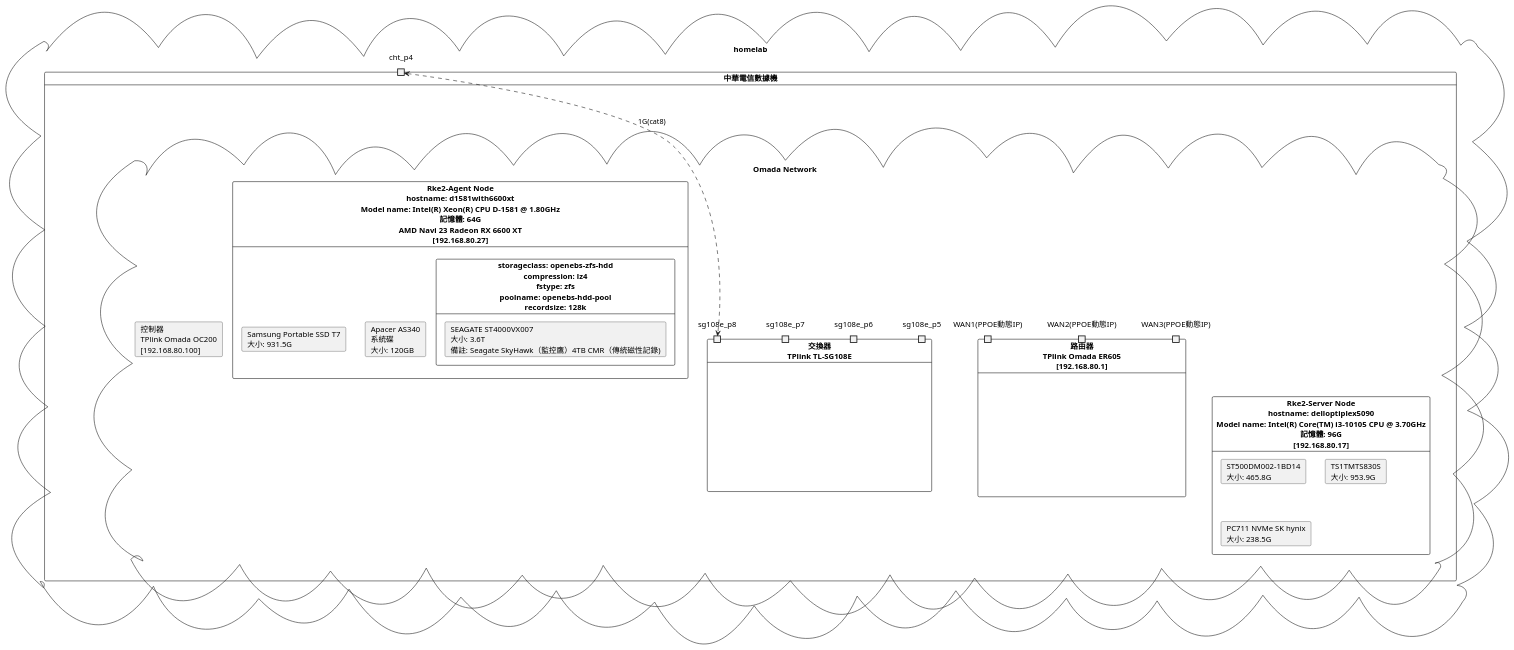
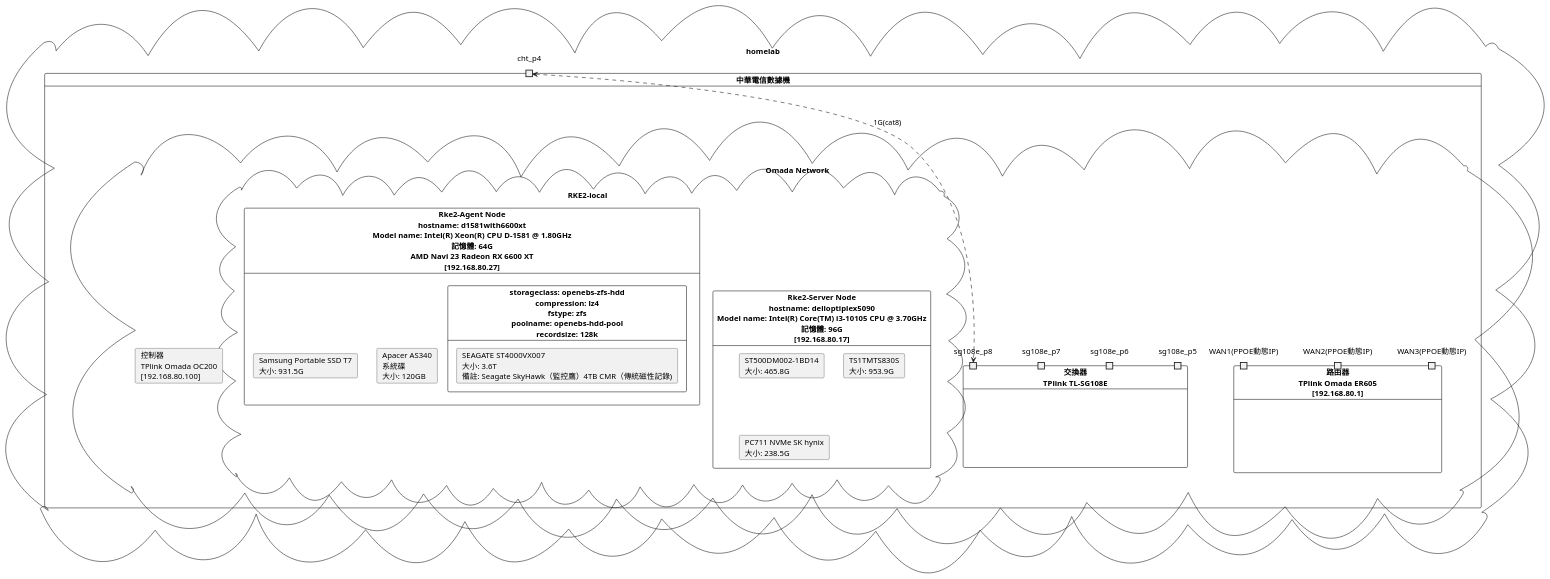
Before and after one commit to ziyi-bear/fleet-rke2-homelab: the diagram in README.md, drawn with PlantUML.

Commit message:
docs: update project description and setup instructions in README.md

````diff
--- a/README.md
+++ b/README.md
@@ -87,38 +87,40 @@
 ```plantuml
 @startuml
 cloud "homelab" {
   card "中華電信數據機" {
     port cht_p4
 
     cloud "Omada Network" {
       card "路由器\nTPlink Omada ER605\n[192.168.80.1]" {
         port "WAN1(PPOE動態IP)" as wan1
         port "WAN2(PPOE動態IP)" as wan2
         port "WAN3(PPOE動態IP)" as wan3
       }
       card "控制器\nTPlink Omada OC200\n[192.168.80.100]"
       card "交換器\nTPlink TL-SG108E" {
         port sg108e_p8
         port sg108e_p7
         port sg108e_p6
         port sg108e_p5
       }
-      card "Rke2-Server Node\nhostname: delloptiplex5090\nModel name: Intel(R) Core(TM) i3-10105 CPU @ 3.70GHz\n記憶體: 96G\n[192.168.80.17]" {
-        card "ST500DM002-1BD14\n大小: 465.8G"
-        card "TS1TMTS830S\n大小: 953.9G"
-        card "PC711 NVMe SK hynix\n大小: 238.5G"
-      }
-      card "Rke2-Agent Node\nhostname: d1581with6600xt\nModel name: Intel(R) Xeon(R) CPU D-1581 @ 1.80GHz\n記憶體: 64G\nAMD Navi 23 Radeon RX 6600 XT\n[192.168.80.27]" {
-        card "Apacer AS340\n系統碟\n大小: 120GB"
-        card "storageclass: openebs-zfs-hdd\ncompression: lz4\nfstype: zfs\npoolname: openebs-hdd-pool\nrecordsize: 128k" {
-          card "SEAGATE ST4000VX007\n大小: 3.6T\n備註: Seagate SkyHawk（監控鷹）4TB CMR（傳統磁性記錄)"
+      cloud "RKE2-local" {
+        card "Rke2-Server Node\nhostname: delloptiplex5090\nModel name: Intel(R) Core(TM) i3-10105 CPU @ 3.70GHz\n記憶體: 96G\n[192.168.80.17]" {
+          card "ST500DM002-1BD14\n大小: 465.8G"
+          card "TS1TMTS830S\n大小: 953.9G"
+          card "PC711 NVMe SK hynix\n大小: 238.5G"
         }
-        card "Samsung Portable SSD T7\n大小: 931.5G"
+        card "Rke2-Agent Node\nhostname: d1581with6600xt\nModel name: Intel(R) Xeon(R) CPU D-1581 @ 1.80GHz\n記憶體: 64G\nAMD Navi 23 Radeon RX 6600 XT\n[192.168.80.27]" {
+          card "Apacer AS340\n系統碟\n大小: 120GB"
+          card "storageclass: openebs-zfs-hdd\ncompression: lz4\nfstype: zfs\npoolname: openebs-hdd-pool\nrecordsize: 128k" {
+            card "SEAGATE ST4000VX007\n大小: 3.6T\n備註: Seagate SkyHawk（監控鷹）4TB CMR（傳統磁性記錄)"
+          }
+          card "Samsung Portable SSD T7\n大小: 931.5G"
+        }
       }
     }
   }
 }
 
 cht_p4 <-.-> sg108e_p8 : 1G(cat8)
 @enduml
 ```
````
